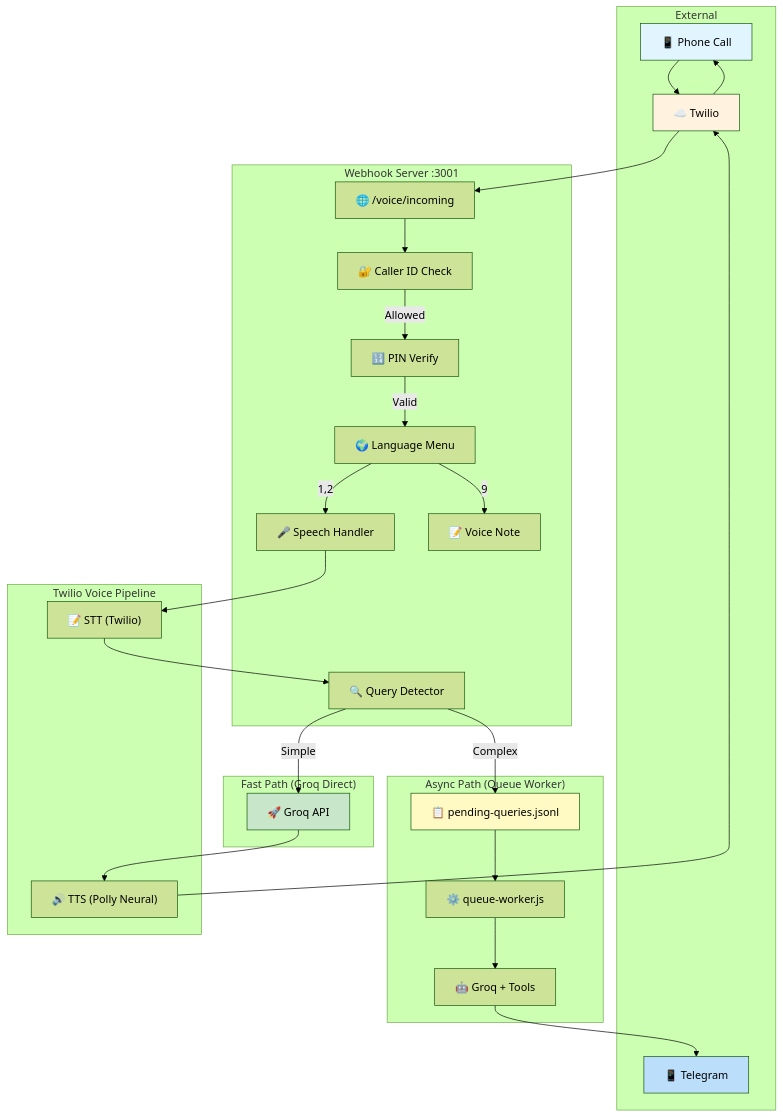
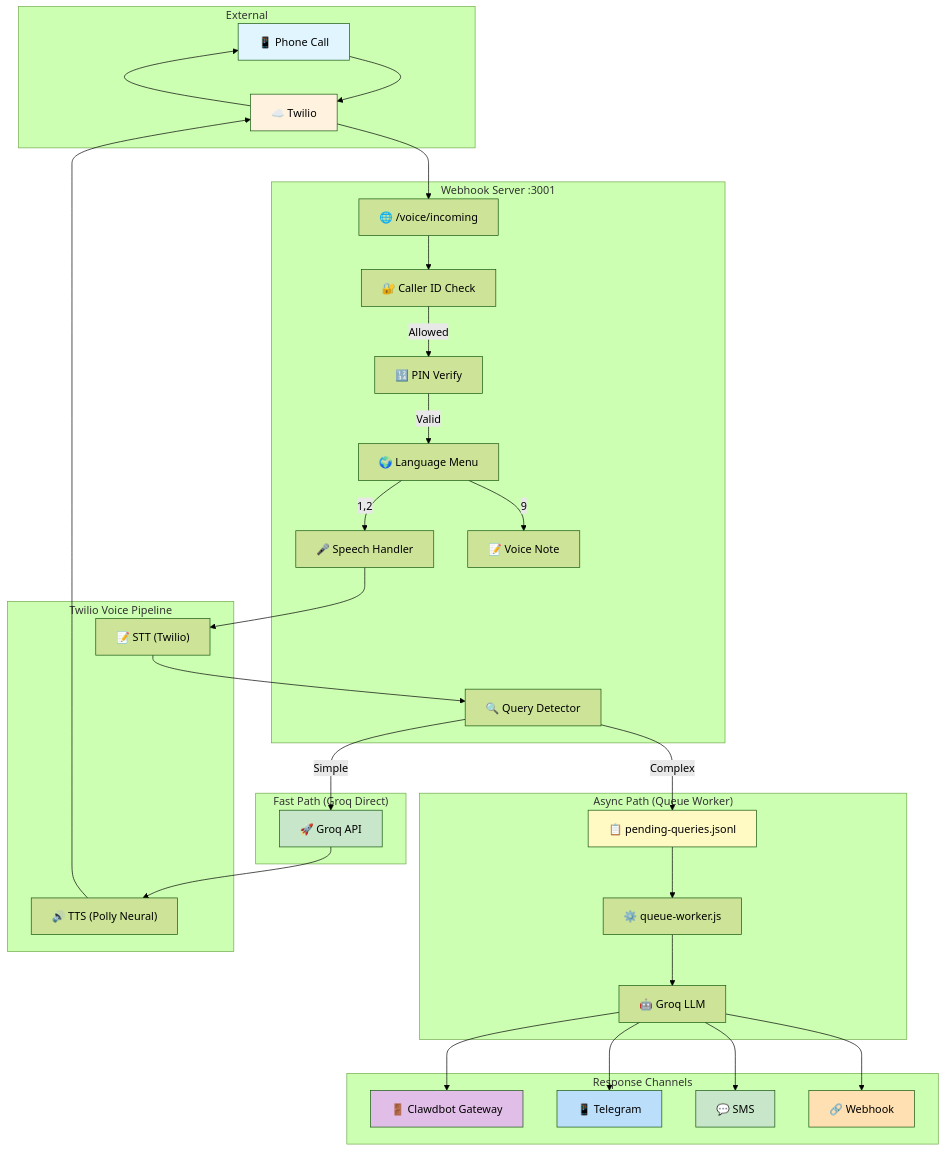
The first of 5 diagrams in README.md (CodaLabs-xyz/openclaw-twilio-voice-skill), drawn with Mermaid (forest theme) before and after one commit. The commit also changed other lines of this file and 2 other files, not shown here.

First line of the commit message:
feat: multi-channel async response support

````diff
--- a/README.md
+++ b/README.md
@@ -21,57 +21,69 @@
 ```mermaid
 graph TB
     subgraph External["External"]
         Phone["📱 Phone Call"]
         Twilio["☁️ Twilio"]
-        Telegram["📱 Telegram"]
     end
     
     subgraph Server["Webhook Server :3001"]
         Webhook["🌐 /voice/incoming"]
         Auth["🔐 Caller ID Check"]
         PIN["🔢 PIN Verify"]
         Menu["🌍 Language Menu"]
         Speech["🎤 Speech Handler"]
         VoiceNote["📝 Voice Note"]
         Detect["🔍 Query Detector"]
     end
     
     subgraph Fast["Fast Path (Groq Direct)"]
         GroqFast["🚀 Groq API"]
     end
     
     subgraph Async["Async Path (Queue Worker)"]
         Queue["📋 pending-queries.jsonl"]
         Worker["⚙️ queue-worker.js"]
-        GroqAsync["🤖 Groq + Tools"]
+        GroqAsync["🤖 Groq LLM"]
     end
     
     subgraph Voice["Twilio Voice Pipeline"]
         STT["📝 STT (Twilio)"]
         TTS["🔊 TTS (Polly Neural)"]
+    end
+    
+    subgraph Channels["Response Channels"]
+        Gateway["🚪 Clawdbot Gateway"]
+        TelegramBot["📱 Telegram"]
+        SMS["💬 SMS"]
+        WebhookOut["🔗 Webhook"]
     end
     
     Phone --> Twilio
     Twilio --> Webhook
     Webhook --> Auth
     Auth -->|Allowed| PIN
     PIN -->|Valid| Menu
     Menu -->|1,2| Speech
     Menu -->|9| VoiceNote
     Speech --> STT
     STT --> Detect
     Detect -->|Simple| GroqFast
     Detect -->|Complex| Queue
     GroqFast --> TTS
     TTS --> Twilio
     Twilio --> Phone
     Queue --> Worker
     Worker --> GroqAsync
-    GroqAsync --> Telegram
+    GroqAsync --> Gateway
+    GroqAsync --> TelegramBot
+    GroqAsync --> SMS
+    GroqAsync --> WebhookOut
     
     style Phone fill:#e1f5fe
     style Twilio fill:#fff3e0
     style GroqFast fill:#c8e6c9
     style Queue fill:#fff9c4
-    style Telegram fill:#bbdefb
+    style Gateway fill:#e1bee7
+    style TelegramBot fill:#bbdefb
+    style SMS fill:#c8e6c9
+    style WebhookOut fill:#ffe0b2
 ```
````
